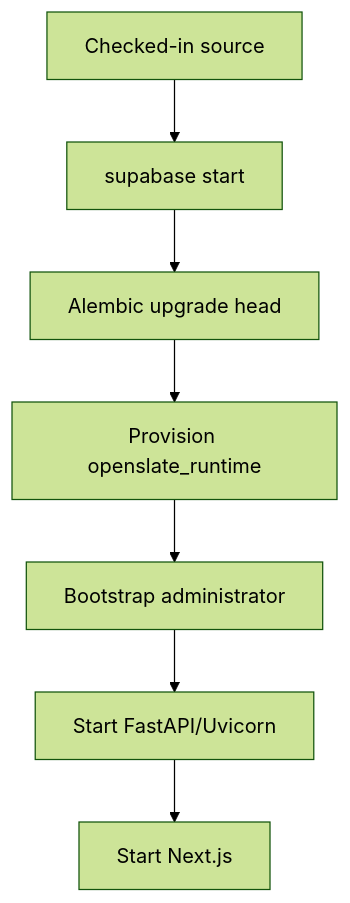
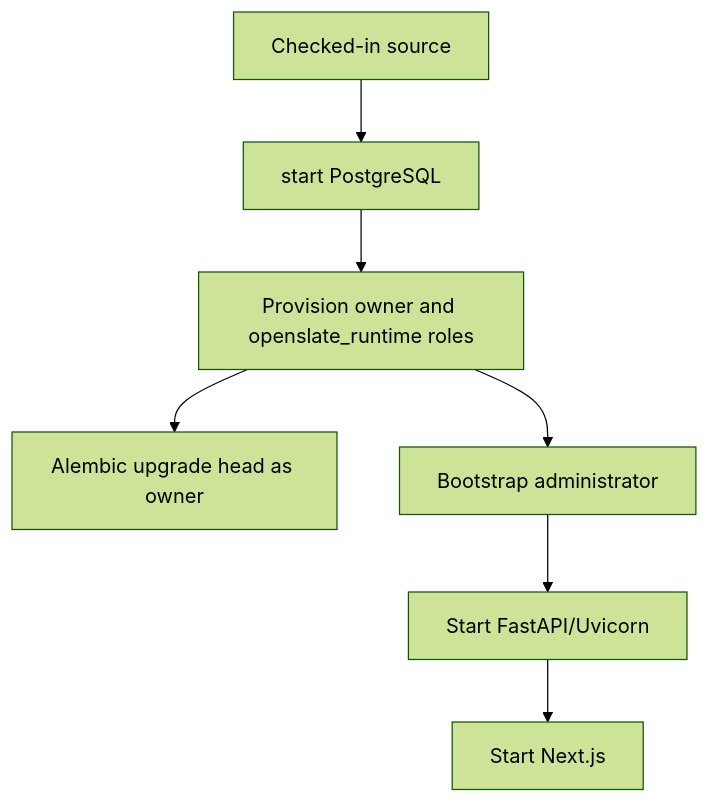
One commit to jayeuse/openslate changed the diagram in docs/architecture/12-deployment-architecture.md. Above: the diagram before and after it, drawn with Mermaid (forest theme). The commit also changed other lines of this file and 336 other files, not shown here.

Commit message:
feat(platform)!: replace Supabase with the local OpenSlate stack

````diff
--- a/docs/architecture/12-deployment-architecture.md
+++ b/docs/architecture/12-deployment-architecture.md
@@ -35,9 +35,9 @@
 ```mermaid
 flowchart TD
-    source["Checked-in source"] --> platform["supabase start"]
-    platform --> schema["Alembic upgrade head"]
-    schema --> role["Provision openslate_runtime"]
+    source["Checked-in source"] --> platform["start PostgreSQL"]
+    platform --> role["Provision owner and openslate_runtime roles"]
+    role --> schema["Alembic upgrade head as owner"]
     role --> admin["Bootstrap administrator"]
     admin --> api["Start FastAPI/Uvicorn"]
     api --> web["Start Next.js"]
 ```
````
